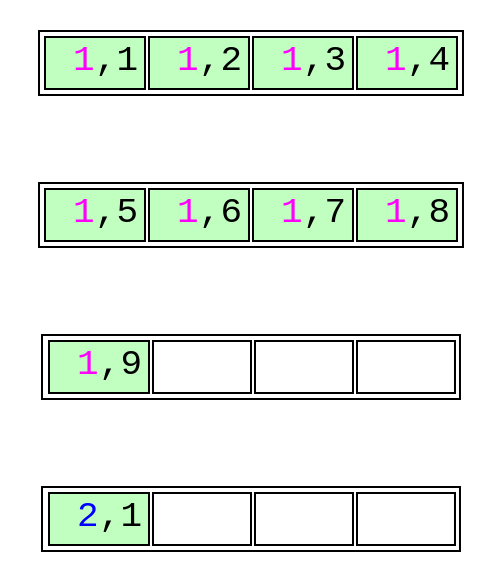
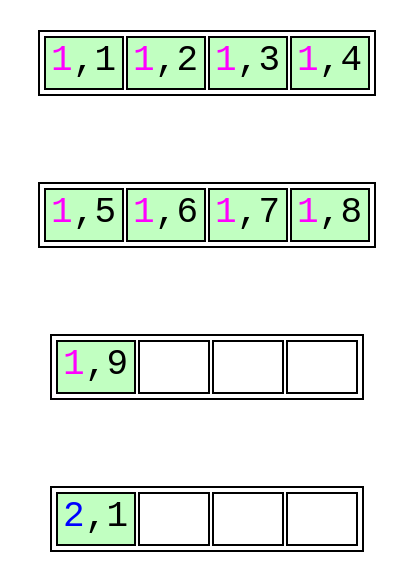
One commit to petergeoghegan/pg_query_internals changed the diagram in optimized-leaf-page-split-2.dot. Above: the diagram before and after it, drawn with Graphviz. The commit also changed 5 other files, not shown here.

```diff
--- a/optimized-leaf-page-split-2.dot
+++ b/optimized-leaf-page-split-2.dot
@@ -1,64 +1,64 @@
 // Example B-Tree graph
 //
 // Breadth-first order
 //
 // Start from root, go left to right
 //
 // Workflow:
 //
 // $ dot -T svg btree.dot -o btree.svg;
 
 digraph nbtree {
 graph [fontname = "monospace"];
 node [shape = none,height=.1,fontname = "monospace",fontsize=18];
 // Level 0 (leaf level)
-leafnode_2[ label=<<table>
+leafnode_2[ label=<<table width="140">
                     <tr>
-                        <td bgcolor='darkseagreen1' port="t2"> <font color="magenta">1</font>,1</td>
-                        <td bgcolor='darkseagreen1' port="t3"> <font color="magenta">1</font>,2</td>
-                        <td bgcolor='darkseagreen1' port="t4"> <font color="magenta">1</font>,3</td>
-                        <td bgcolor='darkseagreen1' port="t4"> <font color="magenta">1</font>,4</td>
+                        <td bgcolor='darkseagreen1' port="t2" width="35"><font color="magenta">1</font>,1</td>
+                        <td bgcolor='darkseagreen1' port="t3" width="35"><font color="magenta">1</font>,2</td>
+                        <td bgcolor='darkseagreen1' port="t4" width="35"><font color="magenta">1</font>,3</td>
+                        <td bgcolor='darkseagreen1' port="t4" width="35"><font color="magenta">1</font>,4</td>
                     </tr>
                 </table>
                >
         ];
 edge[style=invis];
 "leafnode_2" -> "leafnode_3"
-leafnode_3[ label=<<table>
+leafnode_3[ label=<<table width="140">
                     <tr>
-                        <td bgcolor='darkseagreen1' port="t4"> <font color="magenta">1</font>,5</td>
-                        <td bgcolor='darkseagreen1' port="t4"> <font color="magenta">1</font>,6</td>
-                        <td bgcolor='darkseagreen1' port="t4"> <font color="magenta">1</font>,7</td>
-                        <td bgcolor='darkseagreen1' port="t4"> <font color="magenta">1</font>,8</td>
+                        <td bgcolor='darkseagreen1' port="t4" width="35"><font color="magenta">1</font>,5</td>
+                        <td bgcolor='darkseagreen1' port="t4" width="35"><font color="magenta">1</font>,6</td>
+                        <td bgcolor='darkseagreen1' port="t4" width="35"><font color="magenta">1</font>,7</td>
+                        <td bgcolor='darkseagreen1' port="t4" width="35"><font color="magenta">1</font>,8</td>
                     </tr>
                 </table>
                >
         ];
 edge[style=invis];
 "leafnode_3" -> "leafnode_4"
-leafnode_4[ label=<<table>
+leafnode_4[ label=<<table width="140">
                     <tr>
-                        <td bgcolor='darkseagreen1' port="t4"> <font color="magenta">1</font>,9</td>
-                        <td bgcolor='white' port="t3">    </td>
-                        <td bgcolor='white' port="t3">    </td>
-                        <td bgcolor='white' port="t3">    </td>
+                        <td bgcolor='darkseagreen1' port="t4" width="35"><font color="magenta">1</font>,9</td>
+                        <td bgcolor='white' port="t3" width="35"></td>
+                        <td bgcolor='white' port="t3" width="35"></td>
+                        <td bgcolor='white' port="t3" width="35"></td>
                     </tr>
                 </table>
                >
         ];
 edge[style=invis];
 "leafnode_4" -> "leafnode_5"
-leafnode_5[ label=<<table>
+leafnode_5[ label=<<table width="140">
                     <tr>
-                        <td bgcolor='darkseagreen1' port="t4"> <font color="blue">2</font>,1</td>
-                        <td bgcolor='white' port="t3">    </td>
-                        <td bgcolor='white' port="t3">    </td>
-                        <td bgcolor='white' port="t3">    </td>
+                        <td bgcolor='darkseagreen1' port="t4" width="35"><font color="blue">2</font>,1</td>
+                        <td bgcolor='white' port="t3" width="35"></td>
+                        <td bgcolor='white' port="t3" width="35"></td>
+                        <td bgcolor='white' port="t3" width="35"></td>
                     </tr>
                 </table>
                >
         ];
 //Force alignment from root to internal to leaf levels:
 //edge[style=invis];
 //"rootnode":d1 -> "leafnode_2":t2
 }
```
